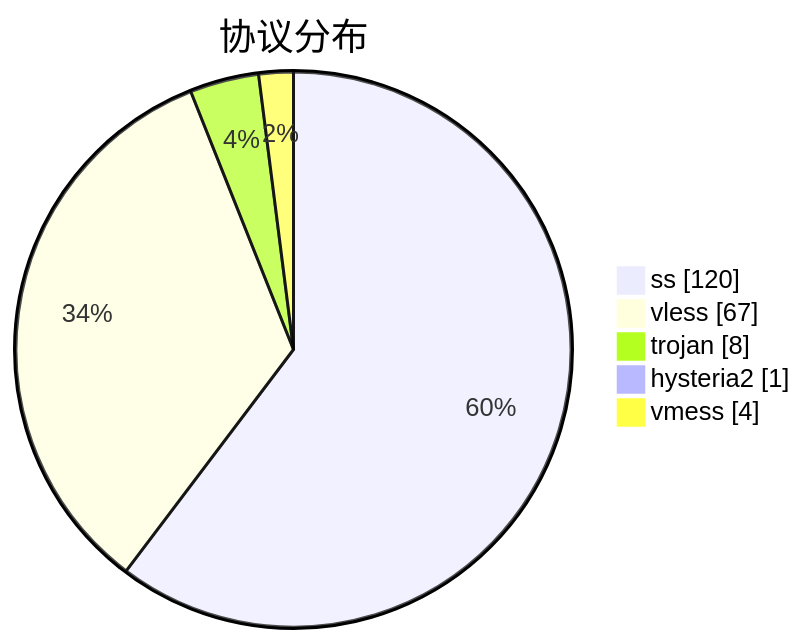
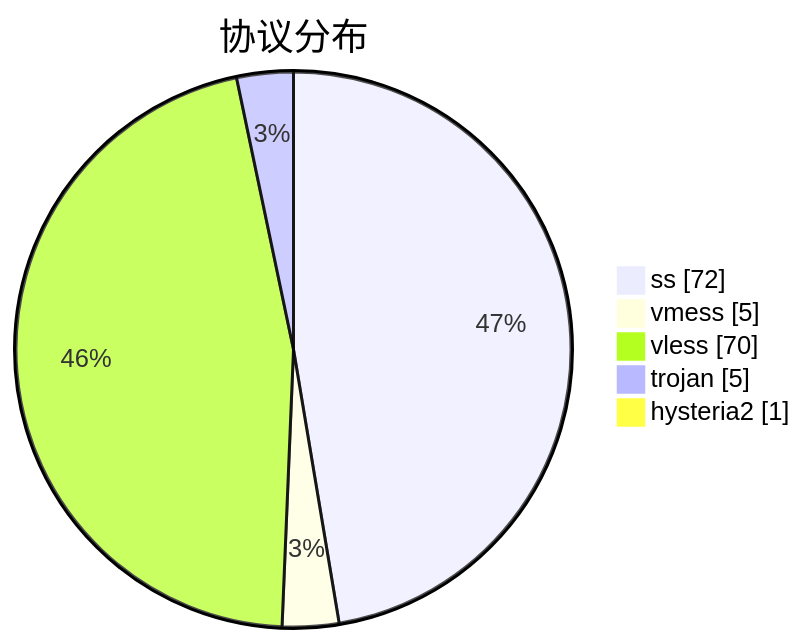
One commit to qjlxg/airport changed the third of 3 diagrams in subs/statistics/tested_within.md. Above: the diagram before and after it, drawn with Mermaid. The commit also changed other lines of this file and 2 other files, not shown here.

````diff
--- a/subs/statistics/tested_within.md
+++ b/subs/statistics/tested_within.md
@@ -28,9 +26,9 @@
 ```mermaid
 pie showData
 title 协议分布
-"ss" : 120
-"vless" : 67
-"trojan" : 8
+"ss" : 72
+"vmess" : 5
+"vless" : 70
+"trojan" : 5
 "hysteria2" : 1
-"vmess" : 4
 ```
````
